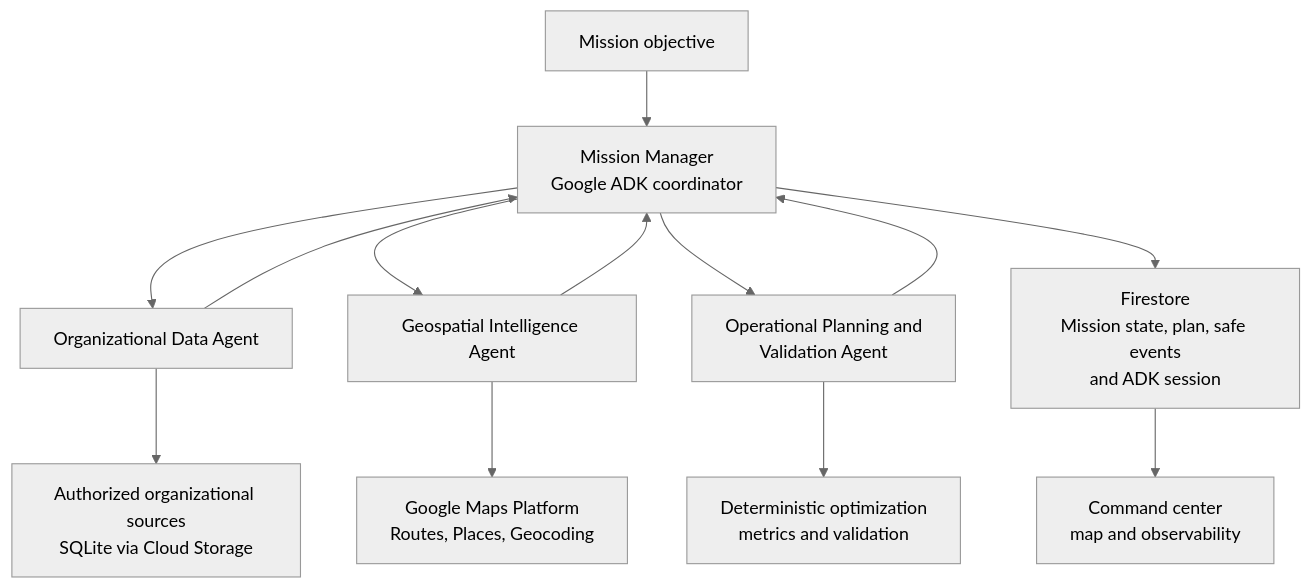
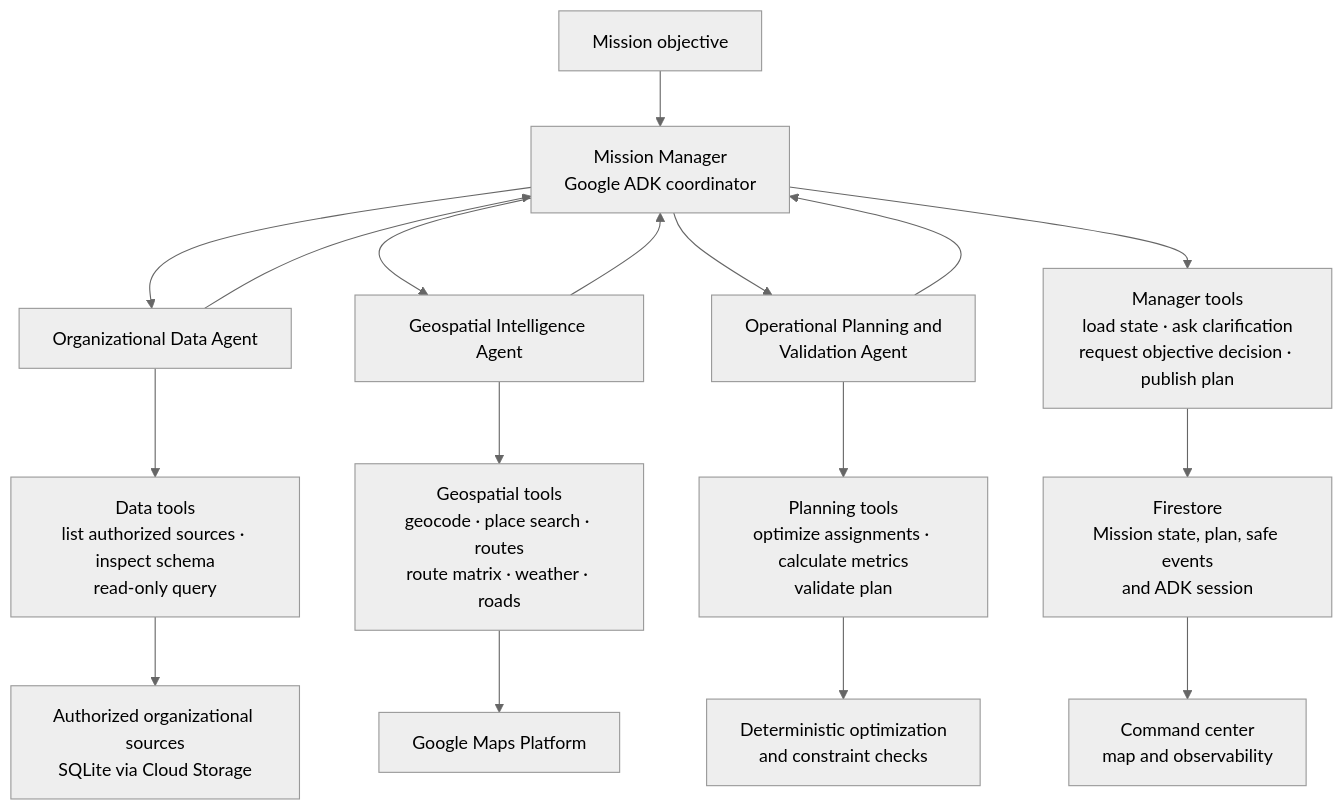
The diagram in README.md (adityas2410/geoagent), drawn with Mermaid (neutral theme) before and after one commit. The commit also changed other lines of this file, not shown here.

Commit message:
Document agent tool ownership in architecture

````diff
--- a/README.md
+++ b/README.md
@@ -425,17 +425,24 @@
 ```mermaid
 flowchart TD
     U[Mission objective] --> M[Mission Manager<br/>Google ADK coordinator]
     M --> D[Organizational Data Agent]
     M --> G[Geospatial Intelligence Agent]
     M --> P[Operational Planning and<br/>Validation Agent]
 
-    D --> S[Authorized organizational sources<br/>SQLite via Cloud Storage]
-    G --> X[Google Maps Platform<br/>Routes, Places, Geocoding]
-    P --> O[Deterministic optimization<br/>metrics and validation]
+    M --> MT[Manager tools<br/>load state · ask clarification<br/>request objective decision · publish plan]
+    MT --> F[Firestore<br/>Mission state, plan, safe events<br/>and ADK session]
+
+    D --> DT[Data tools<br/>list authorized sources · inspect schema<br/>read-only query]
+    DT --> S[Authorized organizational sources<br/>SQLite via Cloud Storage]
+
+    G --> GT[Geospatial tools<br/>geocode · place search · routes<br/>route matrix · weather · roads]
+    GT --> X[Google Maps Platform]
+
+    P --> PT[Planning tools<br/>optimize assignments · calculate metrics<br/>validate plan]
+    PT --> O[Deterministic optimization<br/>and constraint checks]
 
     D --> M
     G --> M
     P --> M
-    M --> F[Firestore<br/>Mission state, plan, safe events<br/>and ADK session]
     F --> UI[Command center<br/>map and observability]
 ```
````
